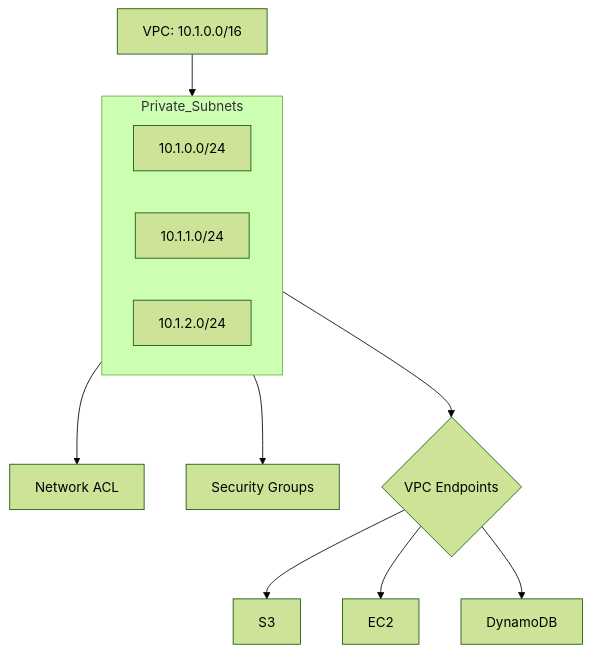
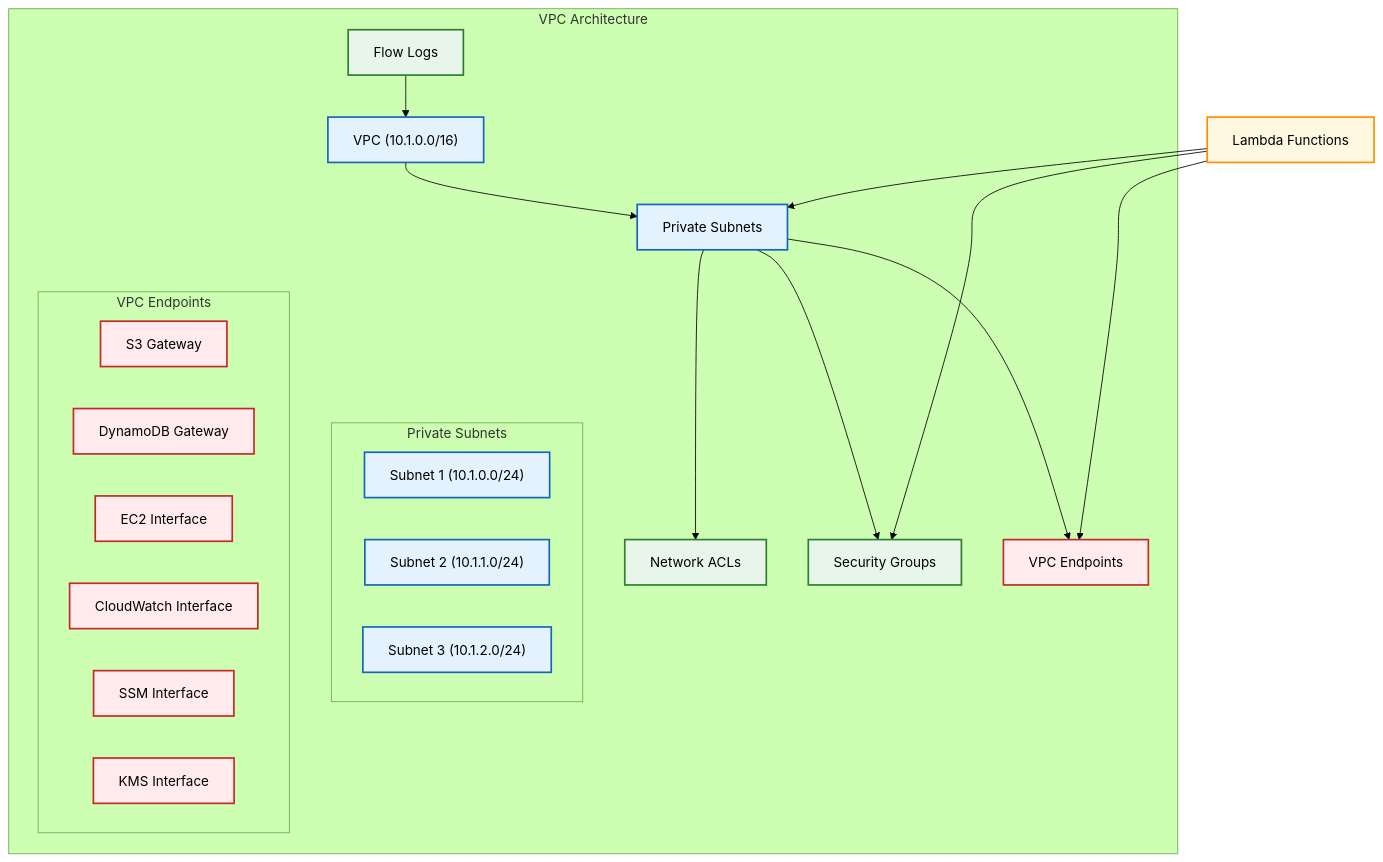
Before and after one commit to Hack23/lambda-in-private-vpc: the third of 11 diagrams in README.md, drawn with Mermaid (forest theme). The commit also changed other lines of this file, not shown here.

````diff
--- a/README.md
+++ b/README.md
@@ -125,16 +172,41 @@
 ```mermaid
-graph TD
-  VPC[VPC: 10.1.0.0/16]
-  subgraph Private_Subnets
-    S1[10.1.0.0/24]
-    S2[10.1.1.0/24]
-    S3[10.1.2.0/24]
-  end
-  VPC --> Private_Subnets
-  Private_Subnets --> ACL[Network ACL]
-  Private_Subnets --> SG[Security Groups]
-  Private_Subnets --> Endpoints{VPC Endpoints}
-  Endpoints --> EP_S3[S3]
-  Endpoints --> EP_EC2[EC2]
-  Endpoints --> EP_DDB[DynamoDB]
+graph TB
+    subgraph "VPC Architecture"
+        VPC["VPC (10.1.0.0/16)"] --> PS["Private Subnets"]
+        
+        subgraph "Private Subnets"
+            PS1["Subnet 1 (10.1.0.0/24)"]
+            PS2["Subnet 2 (10.1.1.0/24)"]
+            PS3["Subnet 3 (10.1.2.0/24)"]
+        end
+        
+        PS --> ACL["Network ACLs"]
+        PS --> SG["Security Groups"]
+        PS --> EP["VPC Endpoints"]
+        
+        subgraph "VPC Endpoints"
+            S3["S3 Gateway"]
+            DDB["DynamoDB Gateway"]
+            EC2["EC2 Interface"]
+            CW["CloudWatch Interface"]
+            SSM["SSM Interface"]
+            KMS["KMS Interface"]
+        end
+        
+        FL["Flow Logs"] --> VPC
+    end
+    
+    Lambda["Lambda Functions"] --> PS
+    Lambda --> SG
+    Lambda --> EP
+    
+    classDef vpc fill:#e3f2fd,stroke:#1565c0,stroke-width:2px;
+    classDef network fill:#e8f5e9,stroke:#2e7d32,stroke-width:2px;
+    classDef security fill:#ffebee,stroke:#c62828,stroke-width:2px;
+    classDef compute fill:#fff8e1,stroke:#ff8f00,stroke-width:2px;
+    
+    class VPC,PS,PS1,PS2,PS3 vpc;
+    class ACL,SG,FL network;
+    class EP,S3,DDB,EC2,CW,SSM,KMS security;
+    class Lambda compute;
 ```
````
